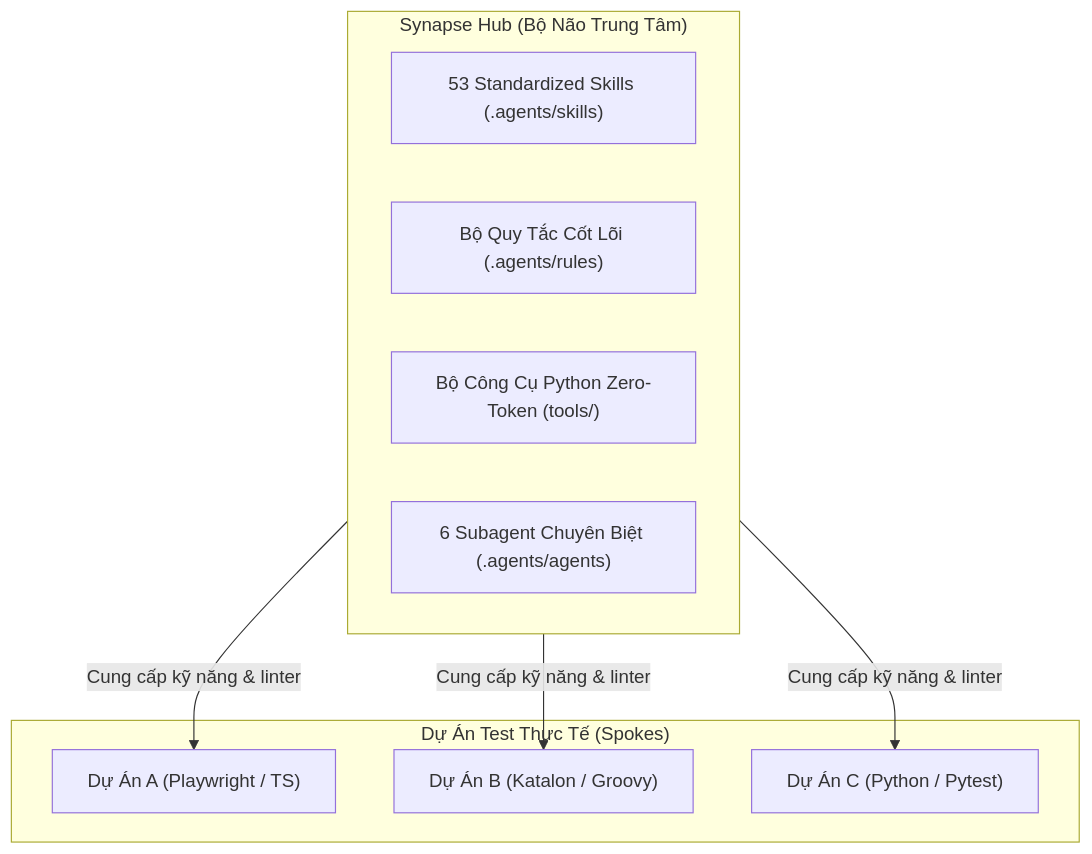
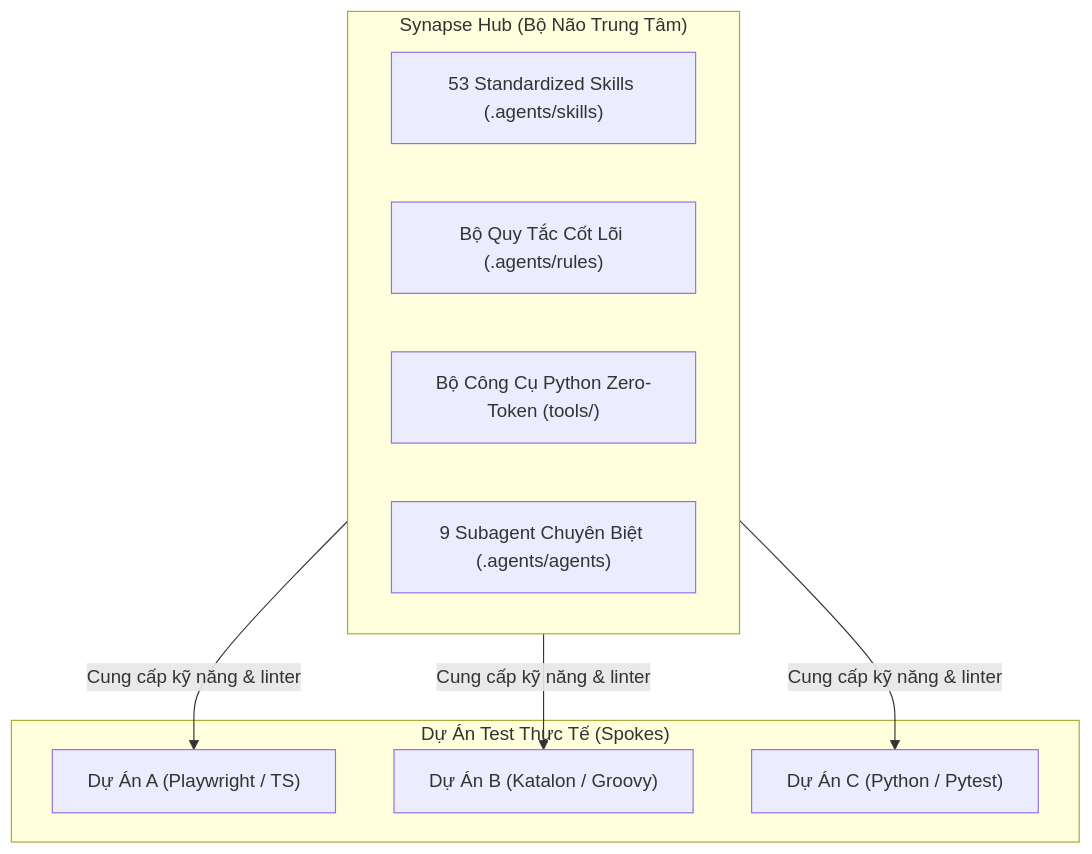
The first of 3 diagrams in docs/ARCHITECTURE.md (TeeVee98/Synapse-Hub), drawn with Mermaid before and after one commit. The commit also changed other lines of this file and 103 other files, not shown here.

````diff
--- a/docs/ARCHITECTURE.md
+++ b/docs/ARCHITECTURE.md
@@ -15,19 +15,19 @@
 ```mermaid
 flowchart TD
     subgraph Hub["Synapse Hub (Bộ Não Trung Tâm)"]
         Catalog["53 Standardized Skills (.agents/skills)"]
         Rules["Bộ Quy Tắc Cốt Lõi (.agents/rules)"]
         Tools["Bộ Công Cụ Python Zero-Token (tools/)"]
-        Swarm["6 Subagent Chuyên Biệt (.agents/agents)"]
+        Swarm["9 Subagent Chuyên Biệt (.agents/agents)"]
     end
 
     subgraph Spokes["Dự Án Test Thực Tế (Spokes)"]
         Repo1["Dự Án A (Playwright / TS)"]
         Repo2["Dự Án B (Katalon / Groovy)"]
         Repo3["Dự Án C (Python / Pytest)"]
     end
 
     Hub -->|Cung cấp kỹ năng & linter| Repo1
     Hub -->|Cung cấp kỹ năng & linter| Repo2
     Hub -->|Cung cấp kỹ năng & linter| Repo3
 ```
````
